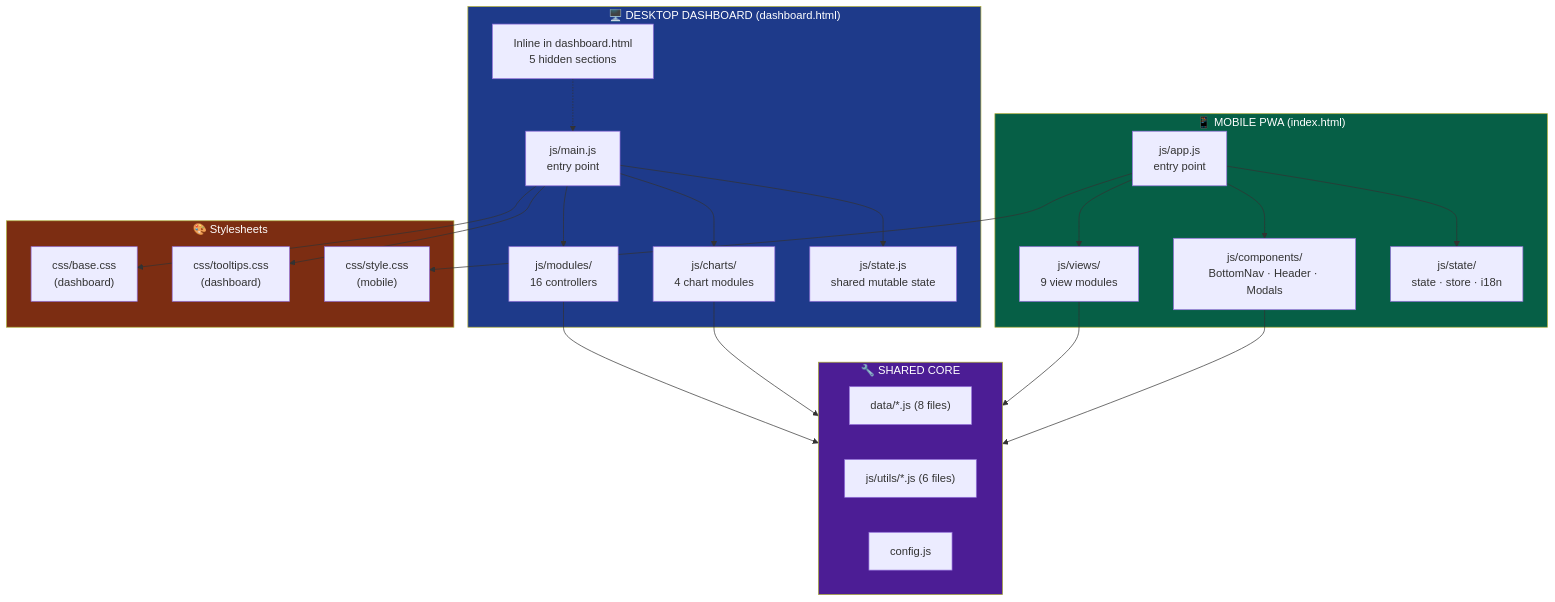
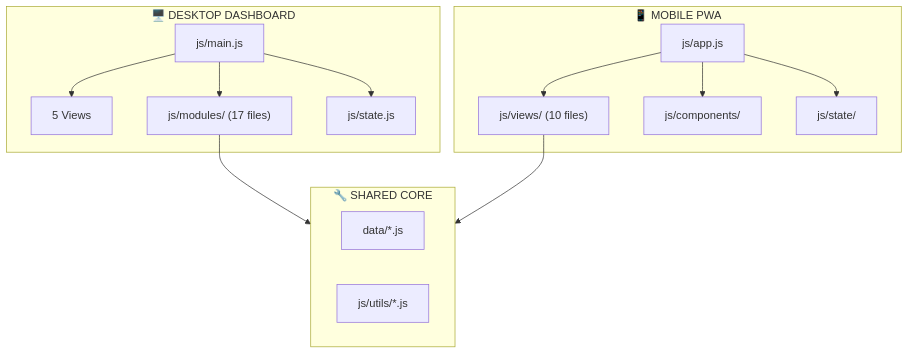
The third of 3 diagrams in README.md (Ainolrazman/childesg-lapaq-mobile-mockup), drawn with Mermaid before and after one commit. The commit also changed other lines of this file, not shown here.

````diff
--- a/README.md
+++ b/README.md
@@ -165,51 +143,26 @@
 ```mermaid
 graph TB
-    subgraph Desktop["🖥️ DESKTOP DASHBOARD (dashboard.html)"]
-        D_ENTRY["js/main.js<br/>entry point"]
-        D_VIEWS["Inline in dashboard.html<br/>5 hidden sections"]
-        D_MODULES["js/modules/<br/>16 controllers"]
-        D_CHARTS["js/charts/<br/>4 chart modules"]
-        D_STATE["js/state.js<br/>shared mutable state"]
+    subgraph Desktop["🖥️ DESKTOP DASHBOARD"]
+        D_ENTRY["js/main.js"]
+        D_VIEWS["5 Views"]
+        D_MODULES["js/modules/ (17 files)"]
+        D_STATE["js/state.js"]
     end
 
-    subgraph Mobile["📱 MOBILE PWA (index.html)"]
-        M_ENTRY["js/app.js<br/>entry point"]
-        M_VIEWS["js/views/<br/>9 view modules"]
-        M_COMP["js/components/<br/>BottomNav · Header · Modals"]
-        M_STATE["js/state/<br/>state · store · i18n"]
+    subgraph Mobile["📱 MOBILE PWA"]
+        M_ENTRY["js/app.js"]
+        M_VIEWS["js/views/ (10 files)"]
+        M_COMP["js/components/"]
+        M_STATE["js/state/"]
     end
 
     subgraph Core["🔧 SHARED CORE"]
-        DATA["data/*.js (8 files)"]
-        UTILS["js/utils/*.js (6 files)"]
-        CFG["config.js"]
+        DATA["data/*.js"]
+        UTILS["js/utils/*.js"]
     end
 
-    subgraph CSS["🎨 Stylesheets"]
-        BASE["css/base.css<br/>(dashboard)"]
-        TIP["css/tooltips.css<br/>(dashboard)"]
-        STYLE["css/style.css<br/>(mobile)"]
-    end
-
-    D_ENTRY --> D_MODULES
-    D_ENTRY --> D_CHARTS
-    D_ENTRY --> D_STATE
-    D_VIEWS -.-> D_ENTRY
-    D_ENTRY --> BASE
-    D_ENTRY --> TIP
-
-    M_ENTRY --> M_VIEWS
-    M_ENTRY --> M_COMP
-    M_ENTRY --> M_STATE
-    M_ENTRY --> STYLE
-
+    D_ENTRY --> D_VIEWS & D_MODULES & D_STATE
+    M_ENTRY --> M_VIEWS & M_COMP & M_STATE
     D_MODULES --> Core
-    D_CHARTS --> Core
     M_VIEWS --> Core
-    M_COMP --> Core
-
-    style Desktop fill:#1e3a8a,color:#fff
-    style Mobile fill:#065f46,color:#fff
-    style Core fill:#4c1d95,color:#fff
-    style CSS fill:#7c2d12,color:#fff
 ```
````
